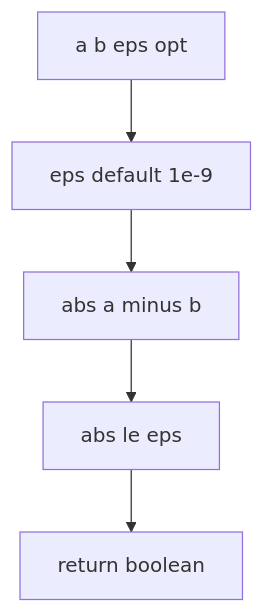
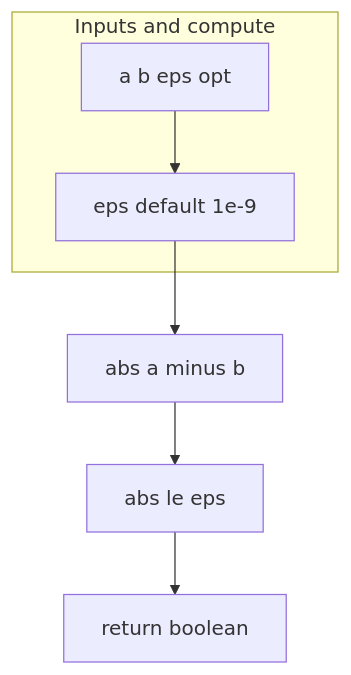
One commit to Gh0st352/AETHR changed the first of 4 diagrams in docs/math/equality_and_centroid.md. Above: the diagram before and after it, drawn with Mermaid. The commit also changed other lines of this file and 5 other files, not shown here.

First line of the commit message:
docs: normalize headings and enhance Mermaid diagrams in math README

````diff
--- a/docs/math/equality_and_centroid.md
+++ b/docs/math/equality_and_centroid.md
@@ -18,7 +18,16 @@
 ```mermaid
+%% shared theme: docs/_mermaid/theme.json %%
 flowchart TD
-  IN[a b eps opt] --> DEF[eps default 1e-9]
+  subgraph "Inputs and compute"
+    IN[a b eps opt]
+    DEF[eps default 1e-9]
+  end
+  IN --> DEF
   DEF --> ABS[abs a minus b]
   ABS --> CMP[abs le eps]
   CMP --> OUT[return boolean]
+  class IN class_io;
+  class DEF,ABS class_compute;
+  class CMP class_decision;
+  class OUT class_result;
 ```
````
